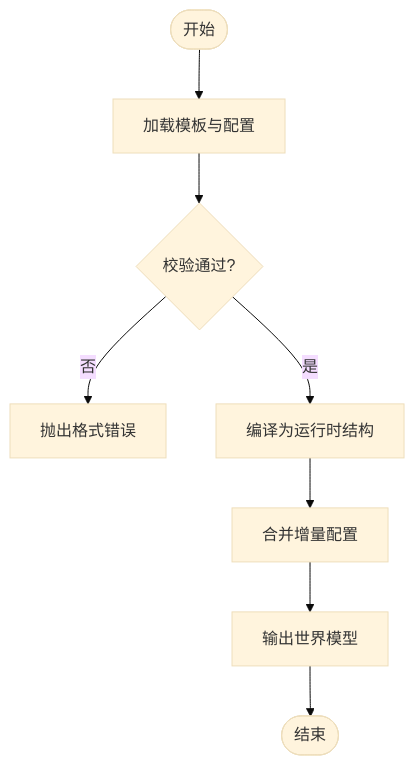
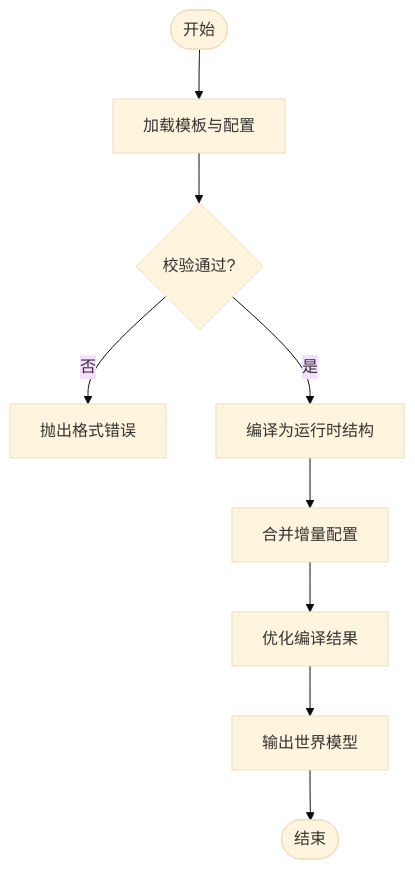
Before and after one commit to Ivandanslespace/thegreatnovel: the fifth of 9 diagrams in .qoder/repowiki/zh/content/项目概览/P0机制重构完成文档.md, drawn with Mermaid (base theme). The commit also changed other lines of this file and 120 other files, not shown here.

````diff
--- a/.qoder/repowiki/zh/content/项目概览/P0机制重构完成文档.md
+++ b/.qoder/repowiki/zh/content/项目概览/P0机制重构完成文档.md
@@ -241,10 +274,11 @@
 ```mermaid
 flowchart TD
 Start(["开始"]) --> LoadTemplate["加载模板与配置"]
 LoadTemplate --> Validate{"校验通过?"}
 Validate --> |否| Error["抛出格式错误"]
 Validate --> |是| Compile["编译为运行时结构"]
 Compile --> Merge["合并增量配置"]
-Merge --> Output["输出世界模型"]
+Merge --> Optimize["优化编译结果"]
+Optimize --> Output["输出世界模型"]
 Output --> End(["结束"])
 ```
````
